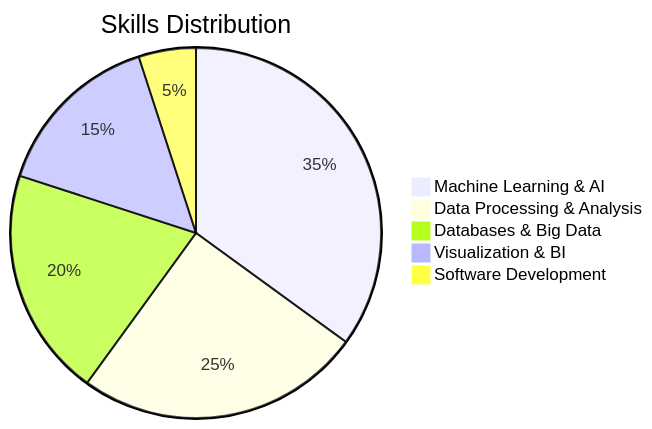
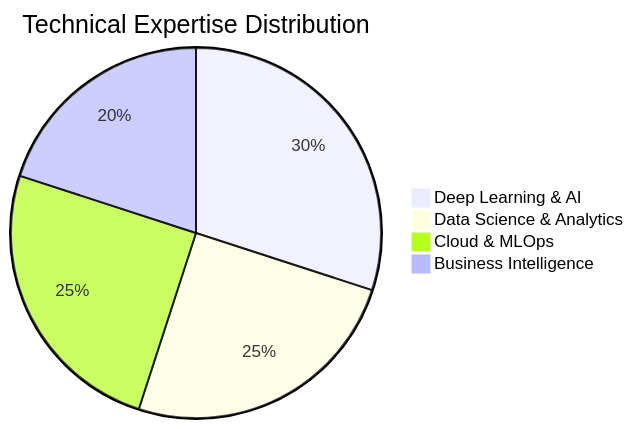
One commit to anjaanasnambiar/anjaanasnambiar changed the diagram in README.md. Above: the diagram before and after it, drawn with Mermaid. The commit also changed other lines of this file, not shown here.

````diff
--- a/README.md
+++ b/README.md
@@ -96,9 +105,8 @@
 ```mermaid
 pie
-    title Skills Distribution
-    "Machine Learning & AI" : 35
-    "Data Processing & Analysis" : 25
-    "Databases & Big Data" : 20
-    "Visualization & BI" : 15
-    "Software Development" : 5
+    title Technical Expertise Distribution
+    "Deep Learning & AI" : 30
+    "Data Science & Analytics" : 25
+    "Cloud & MLOps" : 25
+    "Business Intelligence" : 20
 ```
````
